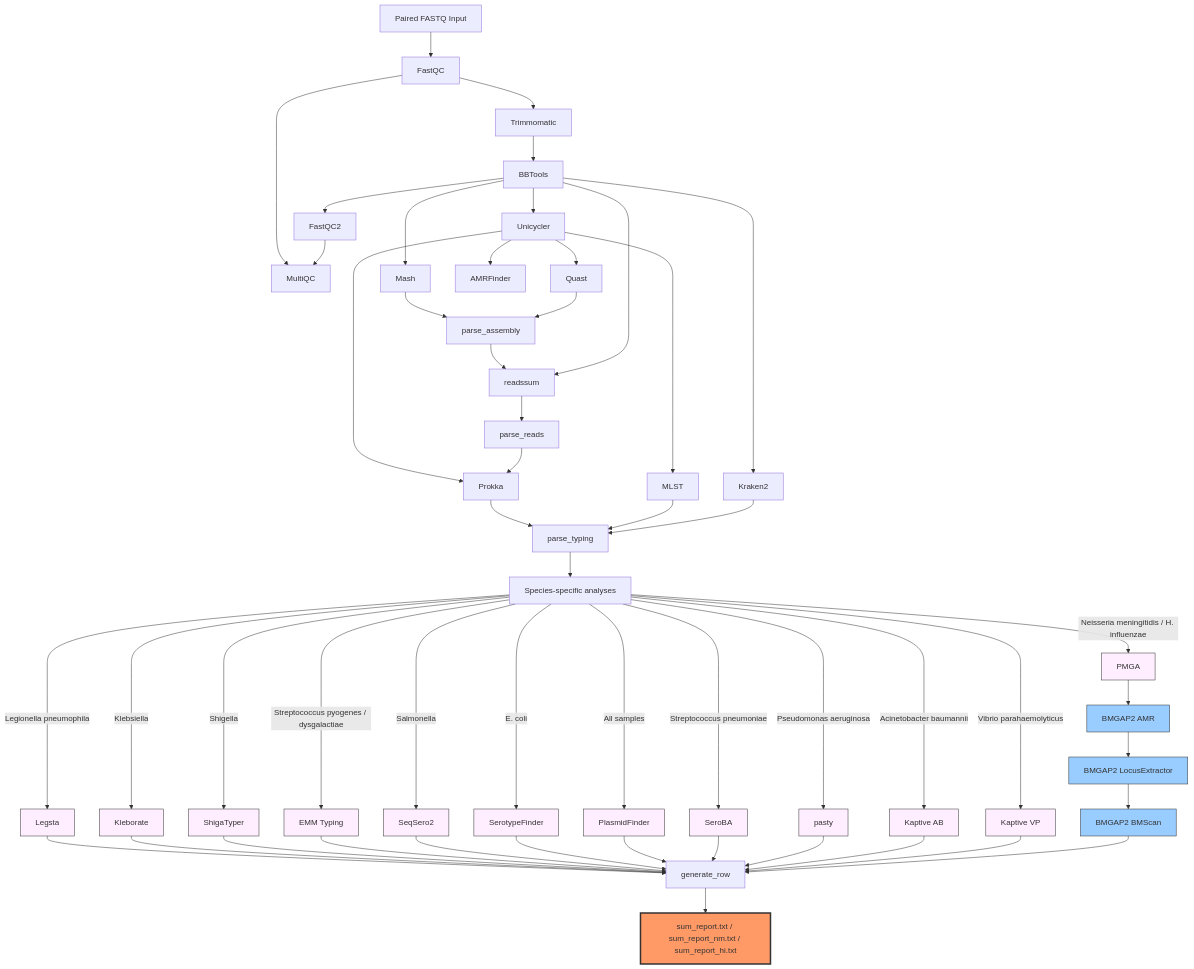
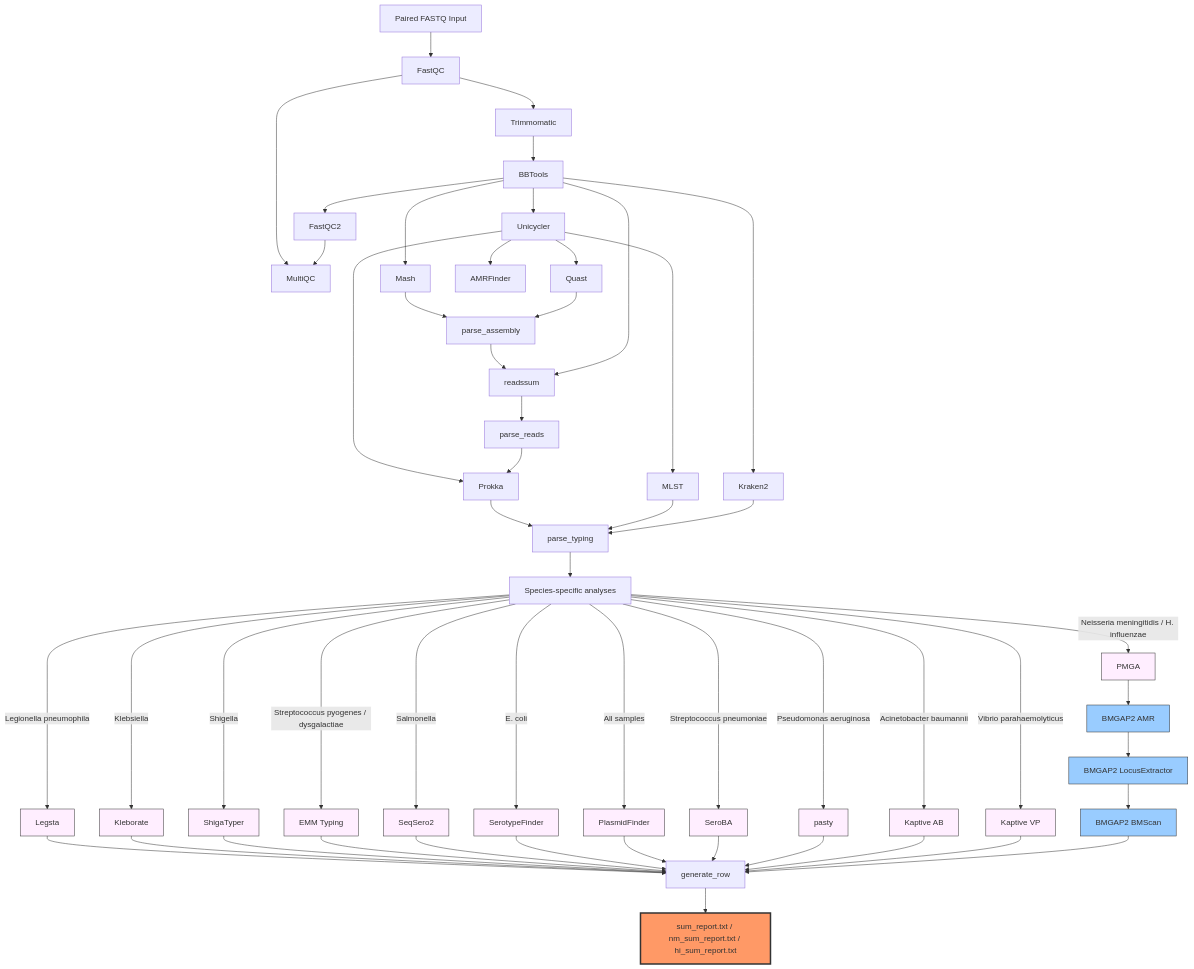
Before and after one commit to BPHL-Molecular/Sanibel: the diagram in README.md, drawn with Mermaid. The commit also changed other lines of this file and 14 other files, not shown here.

````diff
--- a/README.md
+++ b/README.md
@@ -108,79 +110,79 @@
 ```mermaid
 flowchart TD
     A[Paired FASTQ Input] --> B[FastQC]
     B --> C[Trimmomatic]
     C --> D[BBTools]
     D --> E[FastQC2]
     B --> F[MultiQC]
     E --> F
 
     D --> G[Mash]
     D --> H[Unicycler]
     D --> I[Kraken2]
 
     H --> J[Quast]
     H --> K[AMRFinder]
     H --> L[MLST]
     H --> M[Prokka]
 
     G --> O[parse_assembly]
     J --> O
     O --> P[readssum]
     D --> P
     P --> Q[parse_reads]
     Q --> M
 
     M --> R[parse_typing]
     L --> R
     I --> R
 
     R --> V[Species-specific analyses]
 
     V -->|Legionella pneumophila| V1[Legsta]
     V -->|Klebsiella| V2[Kleborate]
     V -->|Shigella| V3[ShigaTyper]
     V -->|Streptococcus pyogenes / dysgalactiae| V4[EMM Typing]
     V -->|Salmonella| V5[SeqSero2]
     V -->|E. coli| V6[SerotypeFinder]
     V -->|All samples| V7[PlasmidFinder]
     V -->|Streptococcus pneumoniae| V8[SeroBA]
     V -->|Pseudomonas aeruginosa| V9[pasty]
     V -->|Acinetobacter baumannii| V10[Kaptive AB]
     V -->|Vibrio parahaemolyticus| V11[Kaptive VP]
     V -->|Neisseria meningitidis / H. influenzae| V12[PMGA]
     V12 --> S[BMGAP2 AMR]
     S --> T[BMGAP2 LocusExtractor]
     T --> U[BMGAP2 BMScan]
 
     V1 --> W[generate_row]
     V2 --> W
     V3 --> W
     V4 --> W
     V5 --> W
     V6 --> W
     V7 --> W
     V8 --> W
     V9 --> W
     V10 --> W
     V11 --> W
     U --> W
 
-    W --> X[sum_report.txt / sum_report_nm.txt / sum_report_hi.txt]
+    W --> X[sum_report.txt / nm_sum_report.txt / hi_sum_report.txt]
 
     style S fill:#9cf,stroke:#333
     style T fill:#9cf,stroke:#333
     style U fill:#9cf,stroke:#333
     style V1 fill:#fef,stroke:#333
     style V2 fill:#fef,stroke:#333
     style V3 fill:#fef,stroke:#333
     style V4 fill:#fef,stroke:#333
     style V5 fill:#fef,stroke:#333
     style V6 fill:#fef,stroke:#333
     style V7 fill:#fef,stroke:#333
     style V8 fill:#fef,stroke:#333
     style V9 fill:#fef,stroke:#333
     style V10 fill:#fef,stroke:#333
     style V11 fill:#fef,stroke:#333
     style V12 fill:#fef,stroke:#333
     style X fill:#f96,stroke:#333,stroke-width:3px
 ```
````
